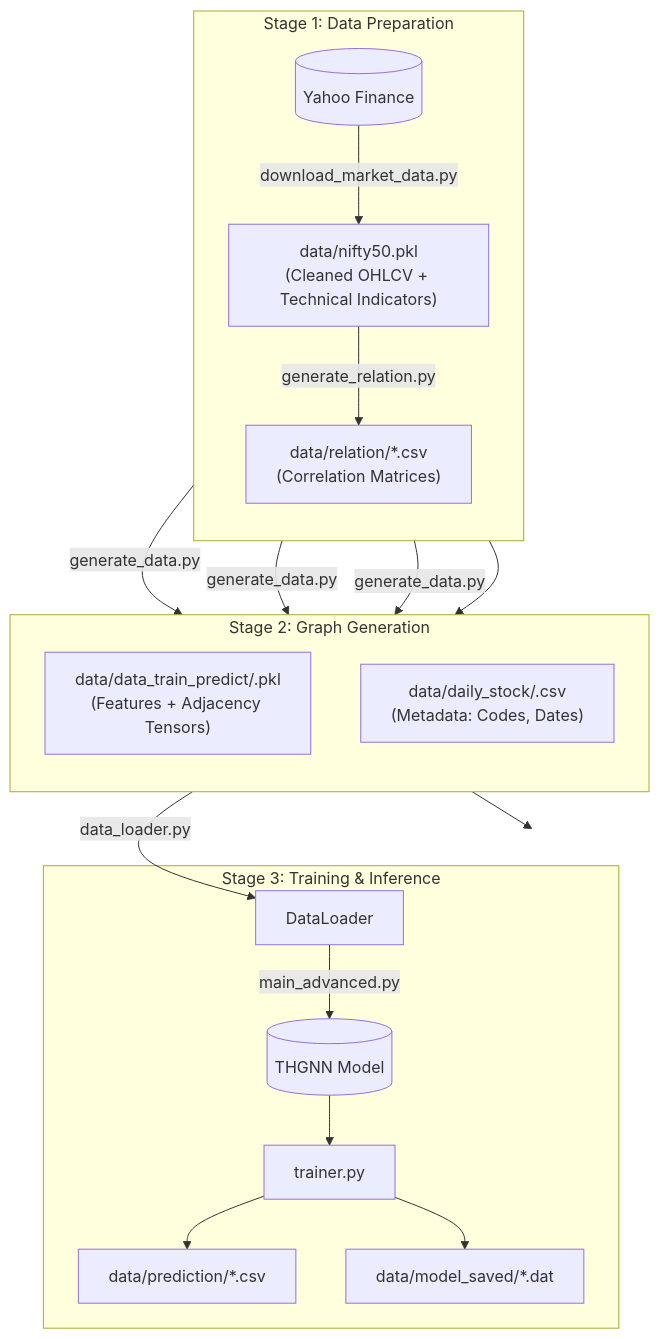
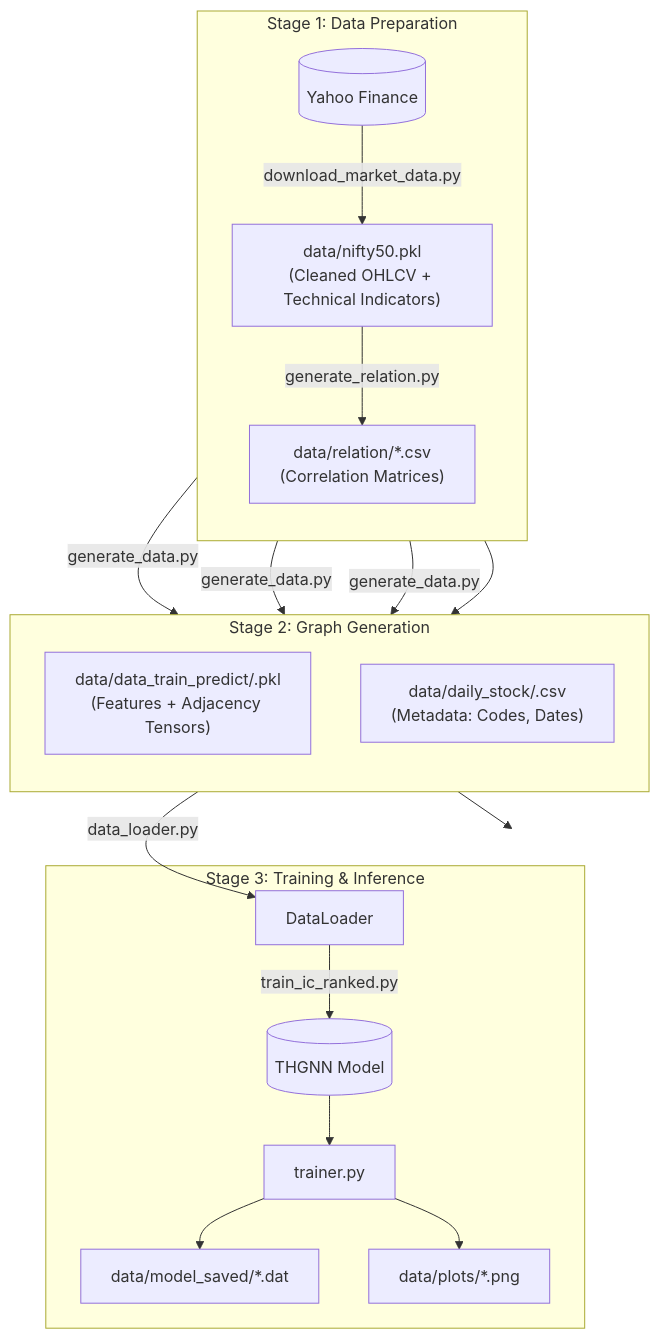
The first of 2 diagrams in THGNN/CODEBASE_EXPLANATION.md (debarshi29/Financial-Time-Series-Forecasting-with-GNN), drawn with Mermaid before and after one commit. The commit also changed other lines of this file and 51 other files, not shown here.

````diff
--- a/THGNN/CODEBASE_EXPLANATION.md
+++ b/THGNN/CODEBASE_EXPLANATION.md
@@ -9,25 +9,25 @@
 ```mermaid
 graph TD
     subgraph Data_Preparation ["Stage 1: Data Preparation"]
         direction TB
         Raw[("Yahoo Finance")] -->|download_market_data.py| MarketPKL["data/nifty50.pkl\n(Cleaned OHLCV + Technical Indicators)"]
         MarketPKL -->|generate_relation.py| Relations["data/relation/*.csv\n(Correlation Matrices)"]
     end
 
     subgraph Data_Generation ["Stage 2: Graph Generation"]
         direction TB
         MarketPKL & Relations -->|generate_data.py| GraphSnapshots["data/data_train_predict/<Date>.pkl\n(Features + Adjacency Tensors)"]
         MarketPKL -->|generate_data.py| DailyMeta["data/daily_stock/<Date>.csv\n(Metadata: Codes, Dates)"]
     end
 
     subgraph Modeling ["Stage 3: Training & Inference"]
         GraphSnapshots -->|data_loader.py| DataLoader
-        DataLoader -->|main_advanced.py| Model[("THGNN Model")]
+        DataLoader -->|train_ic_ranked.py| Model[("THGNN Model")]
         Model --> Trainer["trainer.py"]
-        Trainer --> Predictions["data/prediction/*.csv"]
         Trainer --> SavedModel["data/model_saved/*.dat"]
+        Trainer --> Plots["data/plots/*.png"]
     end
 
     Data_Preparation --> Data_Generation
     Data_Generation --> Modeling
 ```
````
